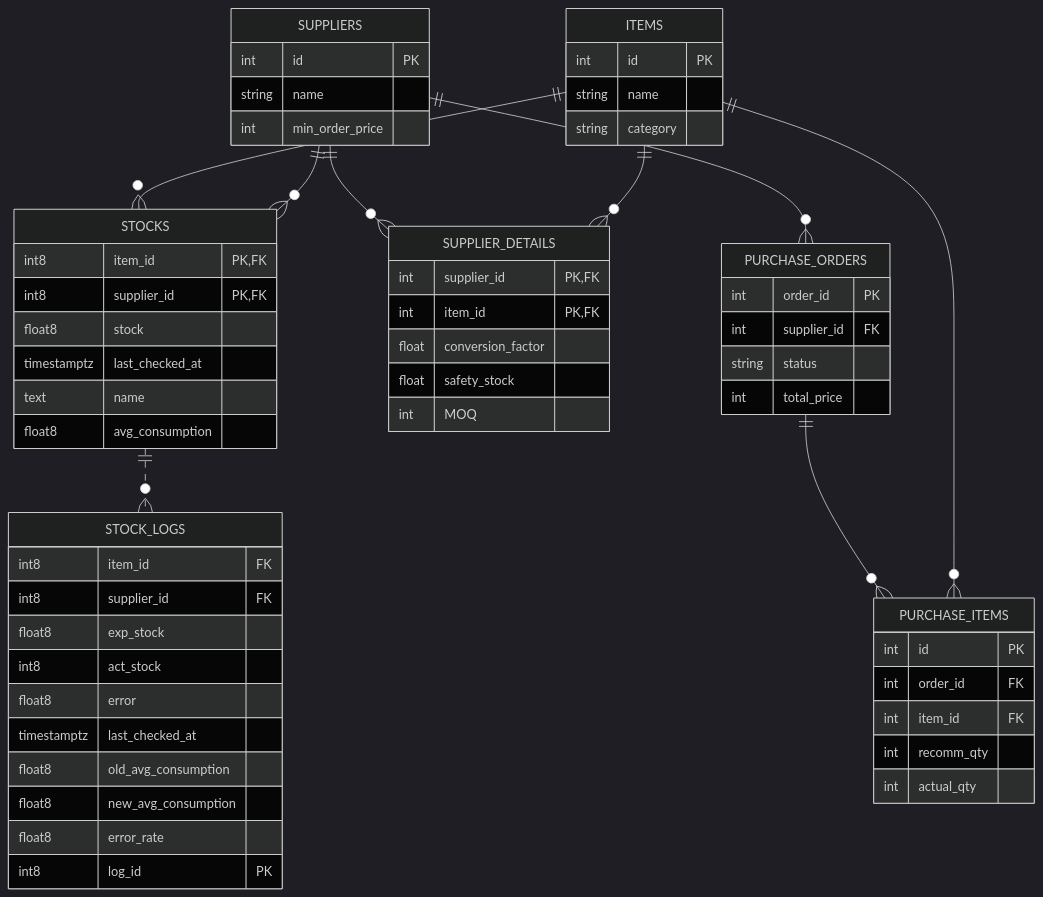
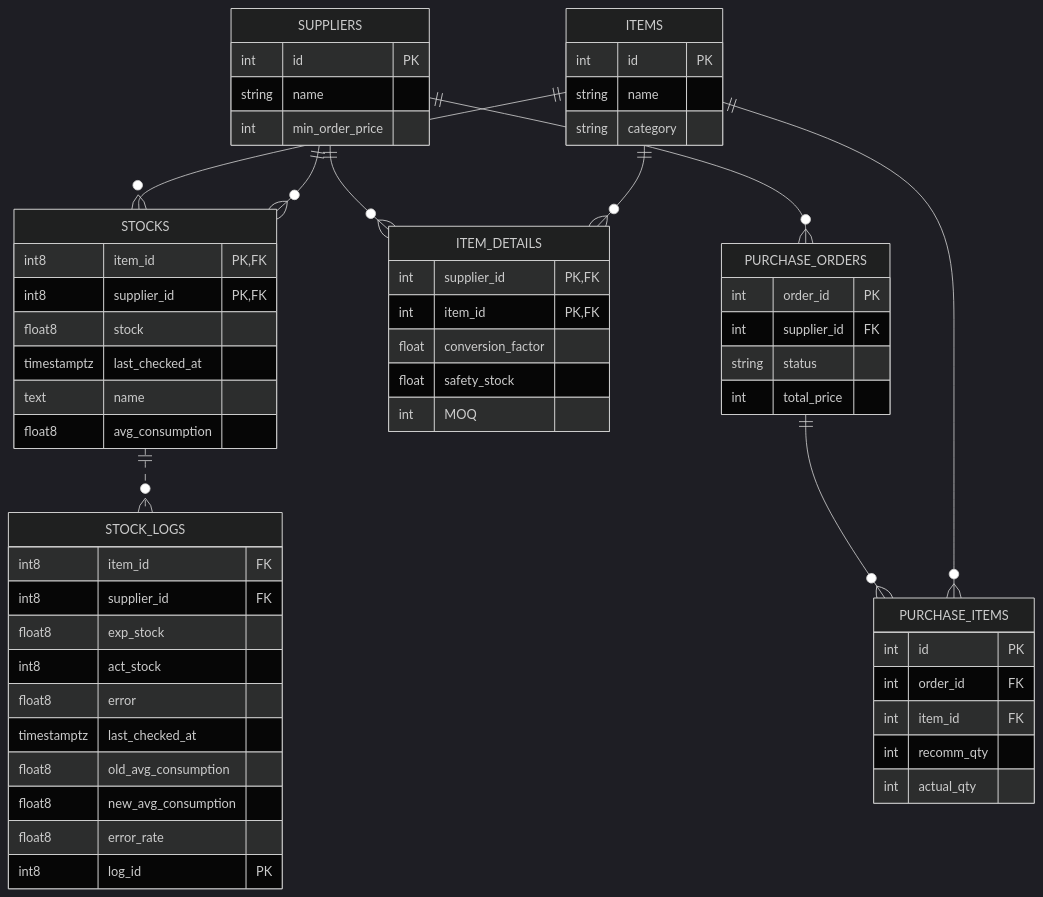
One commit to JSHUH0401/Stock-Management-System changed the diagram in README.md. Above: the diagram before and after it, drawn with Mermaid (dark theme). The commit also changed other lines of this file, not shown here.

Commit message:
Update README.md
README Update

````diff
--- a/README.md
+++ b/README.md
@@ -28,69 +28,69 @@
 ```mermaid
 erDiagram
     %% [Domain 1: Master Data]
     ITEMS ||--o{ STOCKS : ""
-    SUPPLIERS ||--o{ SUPPLIER_DETAILS : ""
-    ITEMS ||--o{ SUPPLIER_DETAILS : ""
+    SUPPLIERS ||--o{ ITEM_DETAILS : ""
+    ITEMS ||--o{ ITEM_DETAILS : ""
     SUPPLIERS ||--o{STOCKS : ""
     STOCKS ||..o{ STOCK_LOGS : ""
 
     %% [Domain 3: Transaction]
     PURCHASE_ORDERS ||--o{ PURCHASE_ITEMS : ""
     ITEMS ||--o{ PURCHASE_ITEMS : ""
     SUPPLIERS ||--o{ PURCHASE_ORDERS : ""
     ITEMS {
         int id PK
         string name
         string category
     }
 
     SUPPLIERS {
         int id PK
         string name
         int min_order_price
     }
 
-    SUPPLIER_DETAILS {
+    ITEM_DETAILS {
         int supplier_id PK, FK
         int item_id PK, FK
         float conversion_factor
         float safety_stock
         int MOQ
     }
 
     STOCKS {
         int8 item_id PK, FK
         int8 supplier_id PK, FK
         float8 stock
         timestamptz last_checked_at
         text name
         float8 avg_consumption
     }
 
     STOCK_LOGS {
         int8 item_id FK
         int8 supplier_id FK
         float8 exp_stock
         int8 act_stock
         float8 error
         timestamptz last_checked_at
         float8 old_avg_consumption
         float8 new_avg_consumption
         float8 error_rate
         int8 log_id PK
     }
     PURCHASE_ORDERS {
         int order_id PK
         int supplier_id FK
         string status
         int total_price
     }
 
     PURCHASE_ITEMS {
         int id PK
         int order_id FK
         int item_id FK
         int recomm_qty
         int actual_qty
     }
 ```
````
